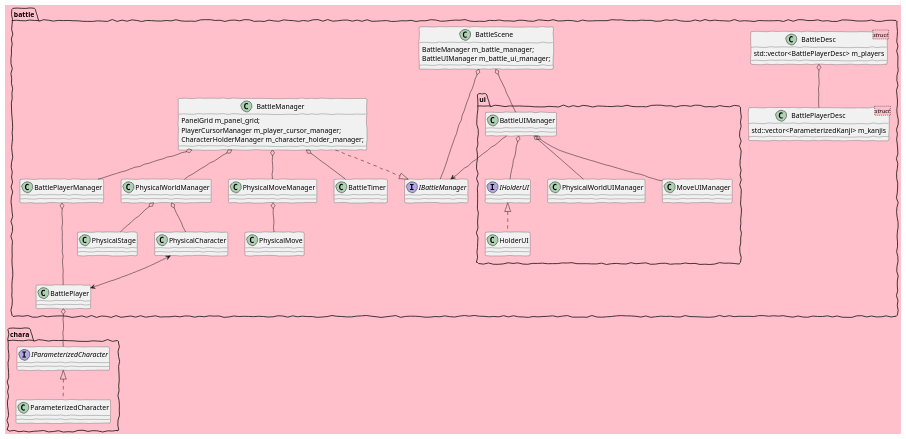
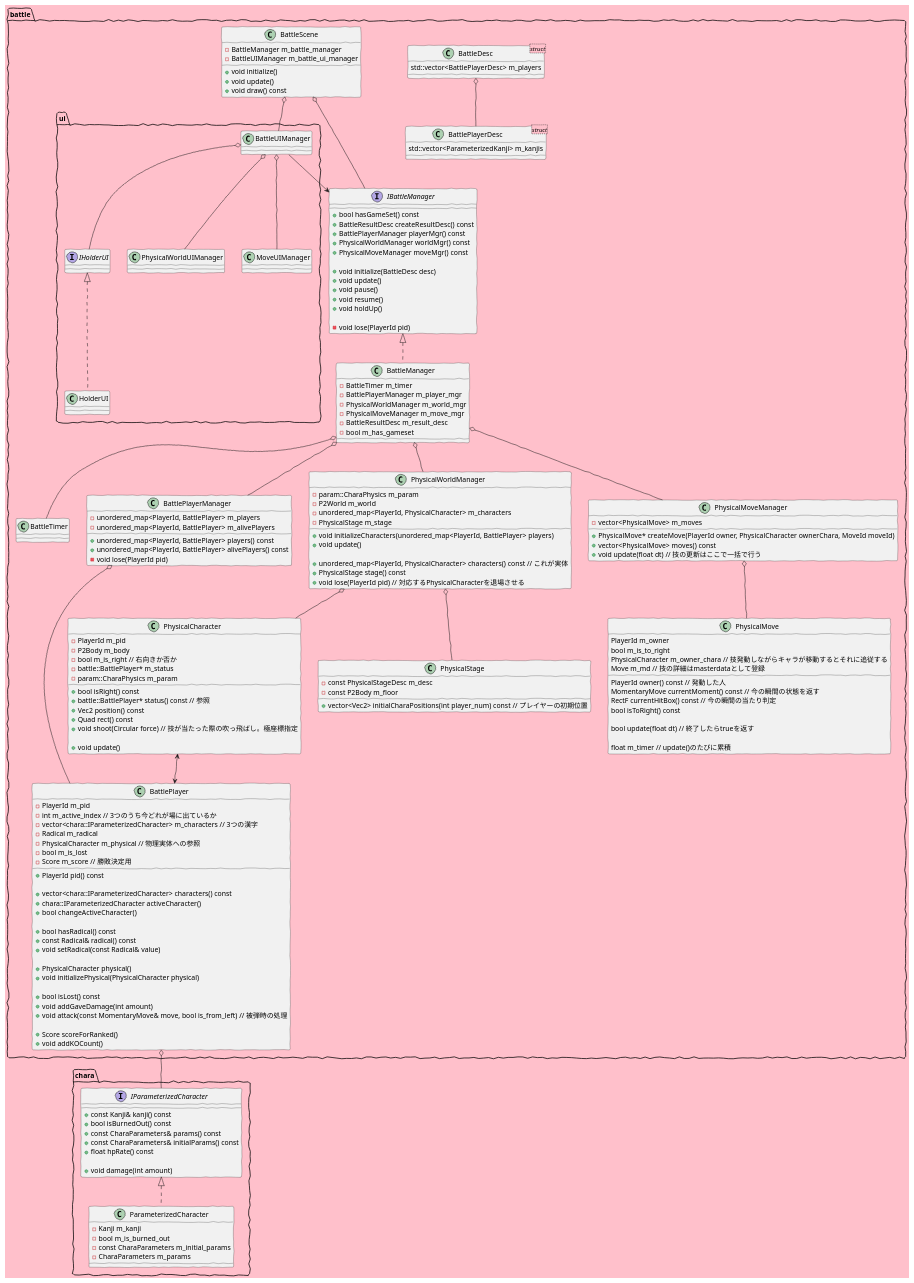
Before and after one commit to youriko-fanclub/KANJI: the diagram in memorandum/design/battle/client.md, drawn with PlantUML. The commit also changed 3 other files, not shown here.

```diff
--- a/memorandum/design/battle/client.md
+++ b/memorandum/design/battle/client.md
@@ -53,21 +53,137 @@
 BattleDesc o-- BattlePlayerDesc
 
 class BattleScene {
-    BattleManager m_battle_manager;
-    BattleUIManager m_battle_ui_manager;
+    -BattleManager m_battle_manager
+    -BattleUIManager m_battle_ui_manager
+    +void initialize()
+    +void update()
+    +void draw() const
 }
 
-interface IBattleManager
+interface IBattleManager {
+    +bool hasGameSet() const
+    +BattleResultDesc createResultDesc() const
+    +BattlePlayerManager playerMgr() const
+    +PhysicalWorldManager worldMgr() const
+    +PhysicalMoveManager moveMgr() const
+
+    +void initialize(BattleDesc desc)
+    +void update()
+    +void pause()
+    +void resume()
+    +void holdUp()
+
+    -void lose(PlayerId pid)
+
+}
 class BattleManager {
-    PanelGrid m_panel_grid;
-    PlayerCursorManager m_player_cursor_manager;
-    CharacterHolderManager m_character_holder_manager;
+    -BattleTimer m_timer
+    -BattlePlayerManager m_player_mgr
+    -PhysicalWorldManager m_world_mgr
+    -PhysicalMoveManager m_move_mgr
+    -BattleResultDesc m_result_desc
+    -bool m_has_gameset
 }
-BattleManager ..|> IBattleManager
+BattleManager .up.|> IBattleManager
 class BattleTimer
 
-class BattlePlayerManager
-class BattlePlayer
+class BattlePlayerManager {
+    +unordered_map<PlayerId, BattlePlayer> players() const
+    +unordered_map<PlayerId, BattlePlayer> alivePlayers() const
+    -void lose(PlayerId pid)
+
+    -unordered_map<PlayerId, BattlePlayer> m_players
+    -unordered_map<PlayerId, BattlePlayer> m_alivePlayers
+}
+class BattlePlayer {
+    +PlayerId pid() const
+
+    +vector<chara::IParameterizedCharacter> characters() const
+    +chara::IParameterizedCharacter activeCharacter()
+    +bool changeActiveCharacter()
+
+    +bool hasRadical() const
+    +const Radical& radical() const
+    +void setRadical(const Radical& value)
+
+    +PhysicalCharacter physical()
+    +void initializePhysical(PhysicalCharacter physical)
+
+    +bool isLost() const
+    +void addGaveDamage(int amount)
+    +void attack(const MomentaryMove& move, bool is_from_left) // 被弾時の処理
+
+    +Score scoreForRanked()
+    +void addKOCount()
+
+    -PlayerId m_pid
+    -int m_active_index // 3つのうち今どれが場に出ているか
+    -vector<chara::IParameterizedCharacter> m_characters // 3つの漢字
+    -Radical m_radical
+    -PhysicalCharacter m_physical // 物理実体への参照
+    -bool m_is_lost
+    -Score m_score // 勝敗決定用
+}
+
+class PhysicalWorldManager {
+    +void initializeCharacters(unordered_map<PlayerId, BattlePlayer> players)
+    +void update()
+
+    +unordered_map<PlayerId, PhysicalCharacter> characters() const // これが実体
+    +PhysicalStage stage() const
+    +void lose(PlayerId pid) // 対応するPhysicalCharacterを退場させる
+
+    -param::CharaPhysics m_param
+    -P2World m_world
+    -unordered_map<PlayerId, PhysicalCharacter> m_characters
+    -PhysicalStage m_stage
+}
+
+class PhysicalCharacter {
+    +bool isRight() const
+    +battle::BattlePlayer* status() const // 参照
+    +Vec2 position() const
+    +Quad rect() const
+    +void shoot(Circular force) // 技が当たった際の吹っ飛ばし。極座標指定
+
+    +void update()
+
+    -PlayerId m_pid
+    -P2Body m_body
+    -bool m_is_right // 右向きか否か
+    -battle::BattlePlayer* m_status
+    -param::CharaPhysics m_param
+}
+
+class PhysicalMoveManager {
+    +PhysicalMove* createMove(PlayerId owner, PhysicalCharacter ownerChara, MoveId moveId)
+    +vector<PhysicalMove> moves() const
+    +void update(float dt) // 技の更新はここで一括で行う
+
+    -vector<PhysicalMove> m_moves
+}
+
+class PhysicalMove {
+    PlayerId owner() const // 発動した人
+    MomentaryMove currentMoment() const // 今の瞬間の状態を返す
+    RectF currentHitBox() const // 今の瞬間の当たり判定
+    bool isToRight() const
+
+    bool update(float dt) // 終了したらtrueを返す
+
+    float m_timer // update()のたびに累積
+    PlayerId m_owner
+    bool m_is_to_right
+    PhysicalCharacter m_owner_chara // 技発動しながらキャラが移動するとそれに追従する
+    Move m_md // 技の詳細はmasterdataとして登録
+}
+
+class PhysicalStage {
+    +vector<Vec2> initialCharaPositions(int player_num) const // プレイヤーの初期位置
+
+    -const PhysicalStageDesc m_desc
+    -const P2Body m_floor
+}
 
 BattleScene o-- IBattleManager
 BattleManager o-- BattleTimer
@@ -94,7 +210,21 @@
 
 package chara {
 
-interface IParameterizedCharacter {}
+interface IParameterizedCharacter {
+    +const Kanji& kanji() const
+    +bool isBurnedOut() const
+    +const CharaParameters& params() const
+    +const CharaParameters& initialParams() const
+    +float hpRate() const
+
+    +void damage(int amount)
+}
+class ParameterizedCharacter {
+    -Kanji m_kanji
+    -bool m_is_burned_out
+    -const CharaParameters m_initial_params
+    -CharaParameters m_params
+}
 IParameterizedCharacter <|.. ParameterizedCharacter
 
 }
```
